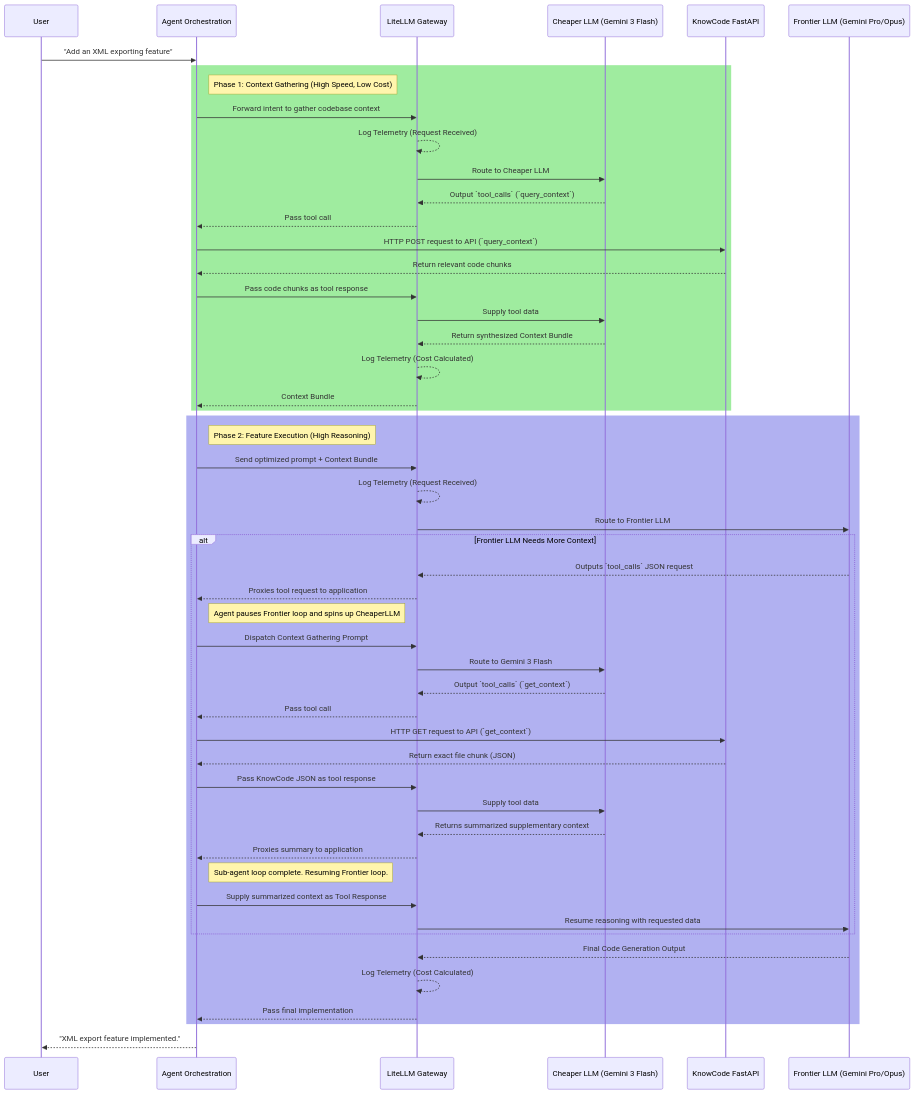
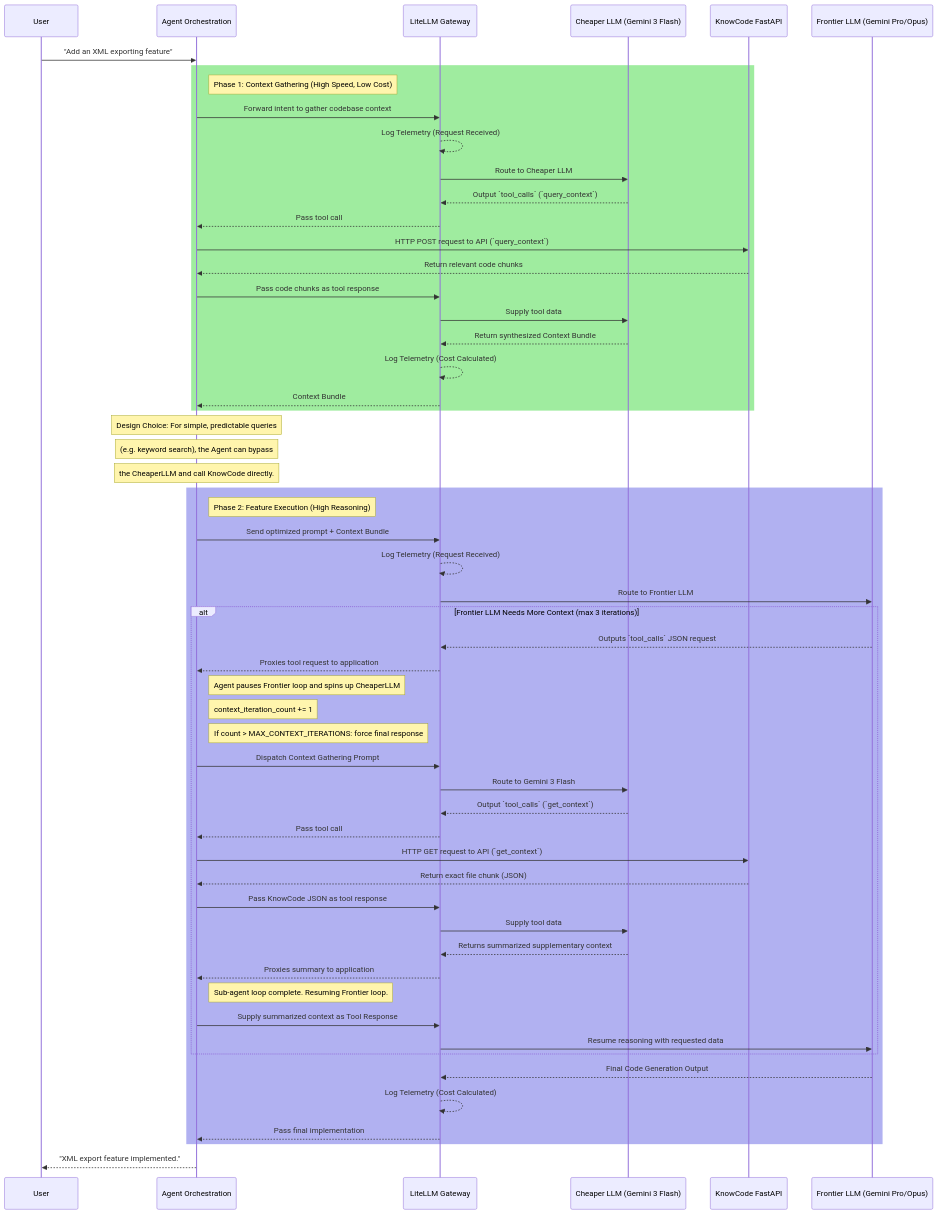
Before and after one commit to deepakdgupta1/KnowCode: the second of 2 diagrams in MULTI_AGENT_SETUP_EFFICIENCY.md, drawn with Mermaid. The commit also changed other lines of this file and 25 other files, not shown here.

````diff
--- a/MULTI_AGENT_SETUP_EFFICIENCY.md
+++ b/MULTI_AGENT_SETUP_EFFICIENCY.md
@@ -165,59 +182,65 @@
 ```mermaid
 sequenceDiagram
     participant User
     participant Agent as Agent Orchestration
     participant Gateway as LiteLLM Gateway
     participant CheaperLLM as Cheaper LLM (Gemini 3 Flash)
     participant KnowCode as KnowCode FastAPI
     participant FrontierLLM as Frontier LLM (Gemini Pro/Opus)
 
     User->>Agent: "Add an XML exporting feature"
 
     rect rgba(159, 236, 159, 1)
     Note right of Agent: Phase 1: Context Gathering (High Speed, Low Cost)
     Agent->>Gateway: Forward intent to gather codebase context
     Gateway-->>Gateway: Log Telemetry (Request Received)
     Gateway->>CheaperLLM: Route to Cheaper LLM
     CheaperLLM-->>Gateway: Output `tool_calls` (`query_context`)
     Gateway-->>Agent: Pass tool call
     Agent->>KnowCode: HTTP POST request to API (`query_context`)
     KnowCode-->>Agent: Return relevant code chunks
     Agent->>Gateway: Pass code chunks as tool response
     Gateway->>CheaperLLM: Supply tool data
     CheaperLLM-->>Gateway: Return synthesized Context Bundle
     Gateway-->>Gateway: Log Telemetry (Cost Calculated)
     Gateway-->>Agent: Context Bundle
     end
 
+    Note over Agent: Design Choice: For simple, predictable queries
+    Note over Agent: (e.g. keyword search), the Agent can bypass
+    Note over Agent: the CheaperLLM and call KnowCode directly.
+
     rect rgba(177, 177, 241, 1)
     Note right of Agent: Phase 2: Feature Execution (High Reasoning)
     Agent->>Gateway: Send optimized prompt + Context Bundle
     Gateway-->>Gateway: Log Telemetry (Request Received)
     Gateway->>FrontierLLM: Route to Frontier LLM
 
-    alt Frontier LLM Needs More Context
+    alt Frontier LLM Needs More Context (max 3 iterations)
         FrontierLLM-->>Gateway: Outputs `tool_calls` JSON request
         Gateway-->>Agent: Proxies tool request to application
         Note right of Agent: Agent pauses Frontier loop and spins up CheaperLLM
+        Note right of Agent: context_iteration_count += 1
+        Note right of Agent: If count > MAX_CONTEXT_ITERATIONS: force final response
         Agent->>Gateway: Dispatch Context Gathering Prompt
         Gateway->>CheaperLLM: Route to Gemini 3 Flash
         CheaperLLM-->>Gateway: Output `tool_calls` (`get_context`)
         Gateway-->>Agent: Pass tool call
         Agent->>KnowCode: HTTP GET request to API (`get_context`)
         KnowCode-->>Agent: Return exact file chunk (JSON)
         Agent->>Gateway: Pass KnowCode JSON as tool response
         Gateway->>CheaperLLM: Supply tool data
         CheaperLLM-->>Gateway: Returns summarized supplementary context
         Gateway-->>Agent: Proxies summary to application
         Note right of Agent: Sub-agent loop complete. Resuming Frontier loop.
         Agent->>Gateway: Supply summarized context as Tool Response
         Gateway->>FrontierLLM: Resume reasoning with requested data
     end
 
     FrontierLLM-->>Gateway: Final Code Generation Output
     Gateway-->>Gateway: Log Telemetry (Cost Calculated)
     Gateway-->>Agent: Pass final implementation
     end
 
     Agent-->>User: "XML export feature implemented."
 ```
````
